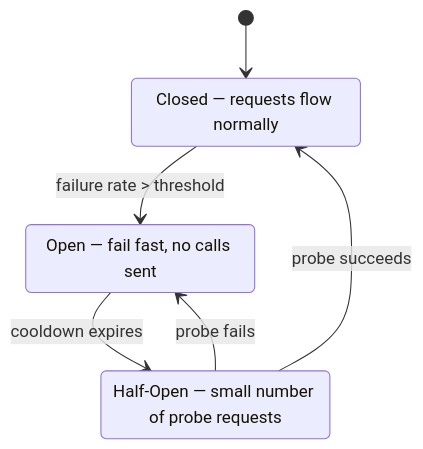
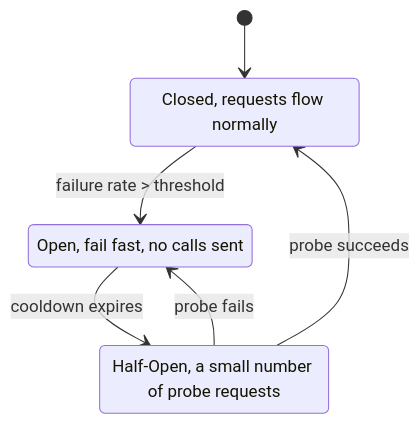
Before and after one commit to josuebrunel/josuebrunel.github.io: diagram 12 of 15 in content/interview/interview-prep-kafka-microservices.md, drawn with Mermaid. The commit also changed other lines of this file and 6 other files, not shown here.

````diff
--- a/content/interview/interview-prep-kafka-microservices.md
+++ b/content/interview/interview-prep-kafka-microservices.md
@@ -245,11 +553,11 @@
 ```mermaid
 stateDiagram-v2
     [*] --> Closed
     Closed --> Open: failure rate > threshold
     Open --> HalfOpen: cooldown expires
     HalfOpen --> Closed: probe succeeds
     HalfOpen --> Open: probe fails
-    Closed: Closed — requests flow normally
-    Open: Open — fail fast, no calls sent
-    HalfOpen: Half-Open — small number of probe requests
+    Closed: Closed, requests flow normally
+    Open: Open, fail fast, no calls sent
+    HalfOpen: Half-Open, a small number of probe requests
 ```
````
